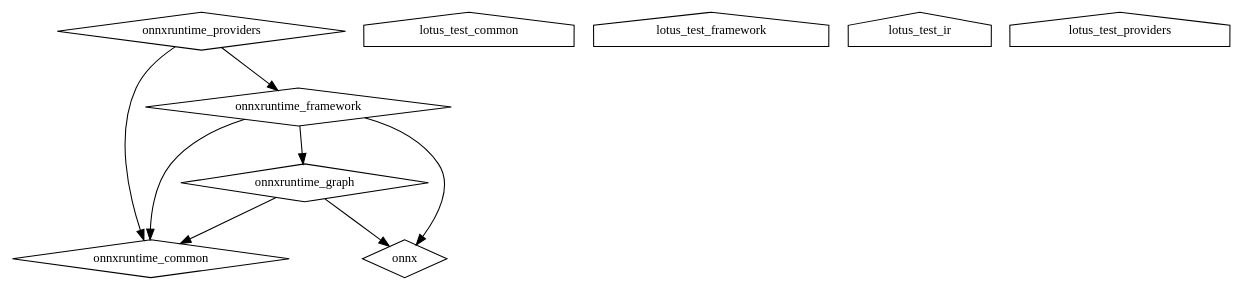
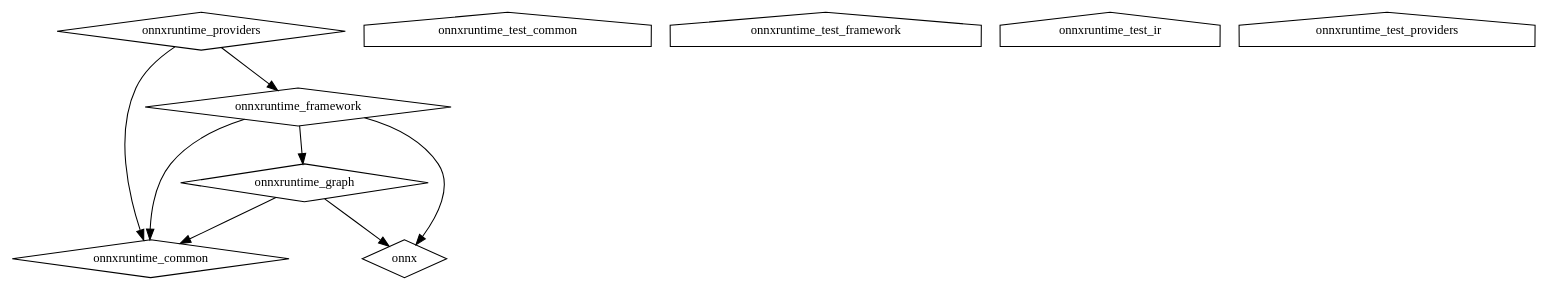
One commit to zhouhuashan/onnxruntime changed the diagram in cmake/onnxruntime_dependencies.dot. Above: the diagram before and after it, drawn with Graphviz. The commit also changed 313 other files, not shown here.

```diff
--- a/cmake/onnxruntime_dependencies.dot
+++ b/cmake/onnxruntime_dependencies.dot
@@ -1,21 +1,21 @@
 digraph "GG" {
 node [
   fontsize = "12"
 ];
     "node12" [ label="onnxruntime_graph" shape="diamond"];
     "node10" [ label="onnxruntime_common" shape="diamond"];
     "node12" -> "node10" // onnxruntime_graph -> onnxruntime_common
     "node4" [ label="onnx" shape="diamond"];
     "node12" -> "node4" // onnxruntime_graph -> onnx
     "node15" [ label="onnxruntime_framework" shape="diamond"];
     "node15" -> "node12" // onnxruntime_framework -> onnxruntime_graph
     "node15" -> "node10" // onnxruntime_framework -> onnxruntime_common
     "node15" -> "node4" // onnxruntime_framework -> onnx
     "node17" [ label="onnxruntime_providers" shape="diamond"];
     "node17" -> "node10" // onnxruntime_providers -> onnxruntime_common
     "node17" -> "node15" // onnxruntime_providers -> onnxruntime_framework
-    "node18" [ label="lotus_test_common" shape="house"];
-    "node6" [ label="lotus_test_framework" shape="house"];
-    "node19" [ label="lotus_test_ir" shape="house"];
-    "node20" [ label="lotus_test_providers" shape="house"];
+    "node18" [ label="onnxruntime_test_common" shape="house"];
+    "node6" [ label="onnxruntime_test_framework" shape="house"];
+    "node19" [ label="onnxruntime_test_ir" shape="house"];
+    "node20" [ label="onnxruntime_test_providers" shape="house"];
 }
```
